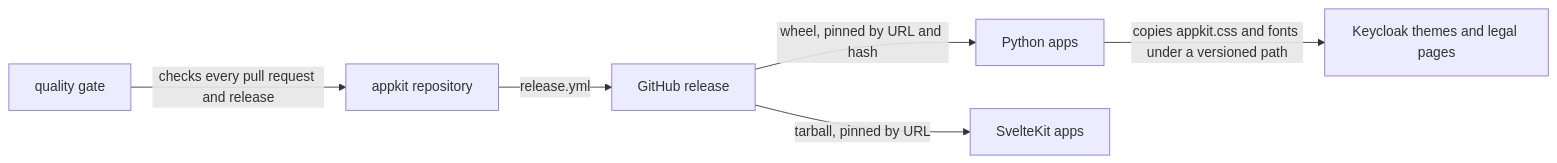
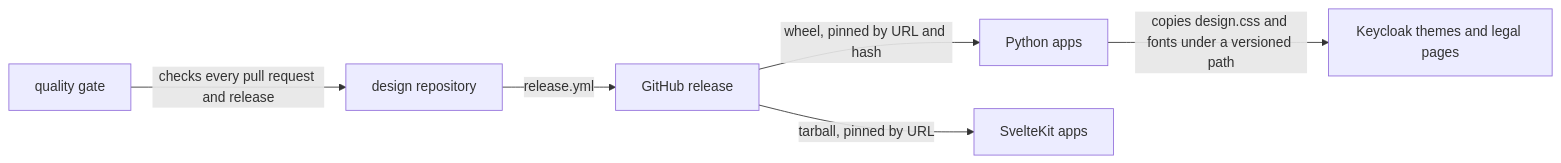
One commit to overnightworks/appkit changed the first of 3 diagrams in docs/ARCHITECTURE.md. Above: the diagram before and after it, drawn with Mermaid. The commit also changed other lines of this file and 33 other files, not shown here.

First line of the commit message:
Every name appkit derives from its stem becomes design (#140)

````diff
--- a/docs/ARCHITECTURE.md
+++ b/docs/ARCHITECTURE.md
@@ -12,14 +12,14 @@
 ```mermaid
 flowchart LR
-  appkit[appkit repository]
+  design[design repository]
   gate[quality gate]
   release[GitHub release]
   py[Python apps]
   kit[SvelteKit apps]
   kc[Keycloak themes and legal pages]
-  gate -- checks every pull request and release --> appkit
-  appkit -- release.yml --> release
+  gate -- checks every pull request and release --> design
+  design -- release.yml --> release
   release -- wheel, pinned by URL and hash --> py
   release -- tarball, pinned by URL --> kit
-  py -- copies appkit.css and fonts under a versioned path --> kc
+  py -- copies design.css and fonts under a versioned path --> kc
 ```
````
